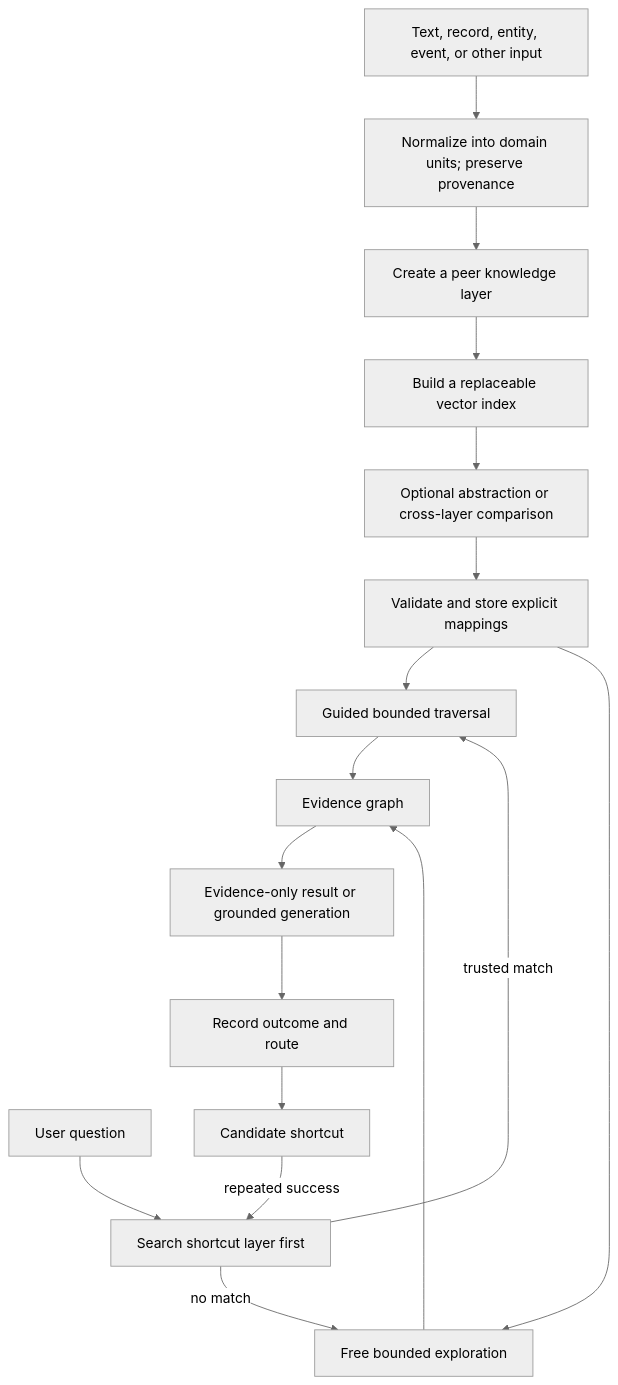
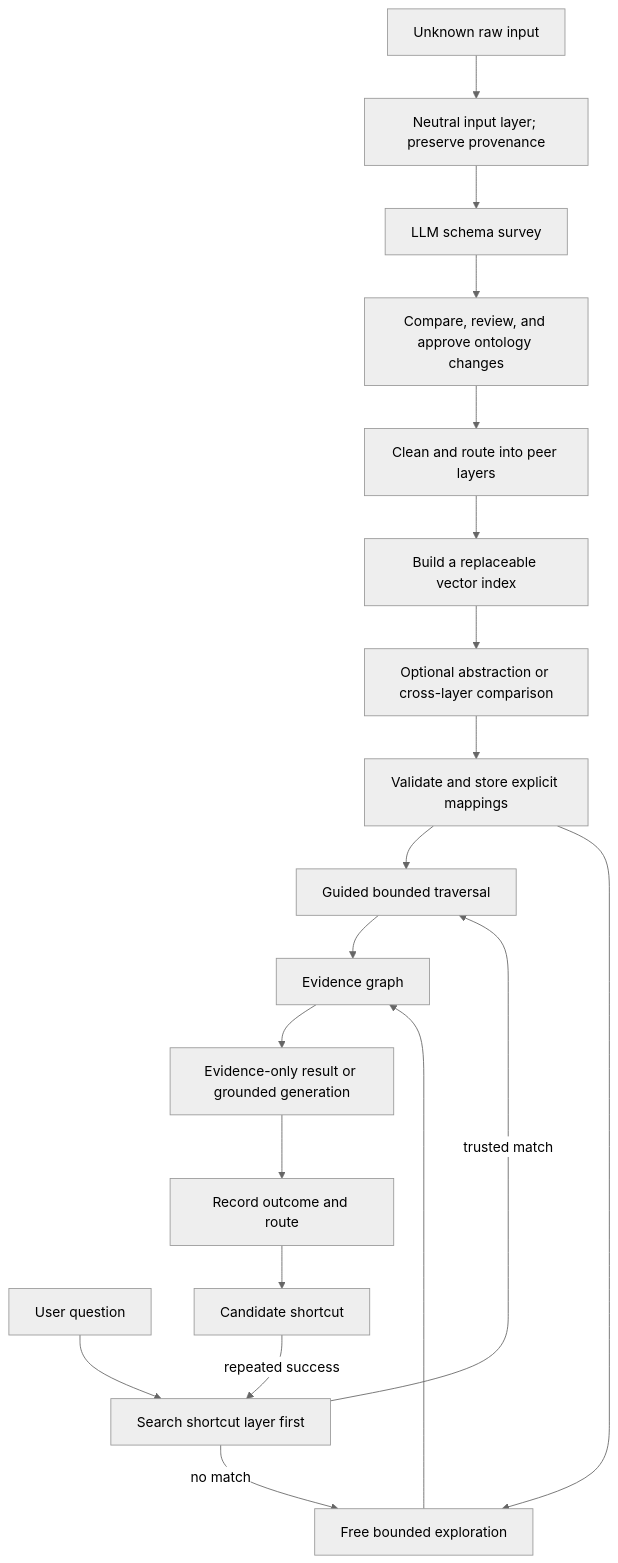
The diagram in README.md (rsb0328/an-essay-concerning-llm-understanding), drawn with Mermaid (neutral theme) before and after one commit. The commit also changed other lines of this file and 13 other files, not shown here.

Commit message:
add governed schema discovery before cleaning

````diff
--- a/README.md
+++ b/README.md
@@ -167,19 +178,21 @@
 ```mermaid
 flowchart TD
-    A["Text, record, entity, event, or other input"] --> B["Normalize into domain units; preserve provenance"]
-    B --> C["Create a peer knowledge layer"]
+    A["Unknown raw input"] --> B["Neutral input layer; preserve provenance"]
+    B --> SD["LLM schema survey"]
+    SD --> O["Compare, review, and approve ontology changes"]
+    O --> C["Clean and route into peer layers"]
     C --> D["Build a replaceable vector index"]
     D --> E["Optional abstraction or cross-layer comparison"]
     E --> F["Validate and store explicit mappings"]
     Q["User question"] --> S["Search shortcut layer first"]
     S -->|"trusted match"| G["Guided bounded traversal"]
     S -->|"no match"| H["Free bounded exploration"]
     F --> G
     F --> H
     G --> I["Evidence graph"]
     H --> I
     I --> J["Evidence-only result or grounded generation"]
     J --> K["Record outcome and route"]
     K --> L["Candidate shortcut"]
     L -->|"repeated success"| S
 ```
````
